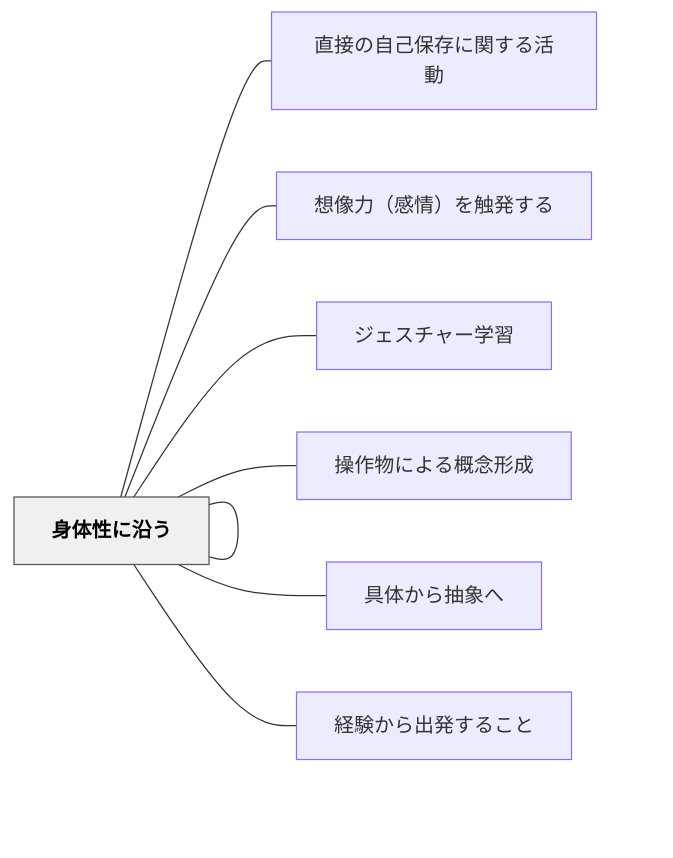
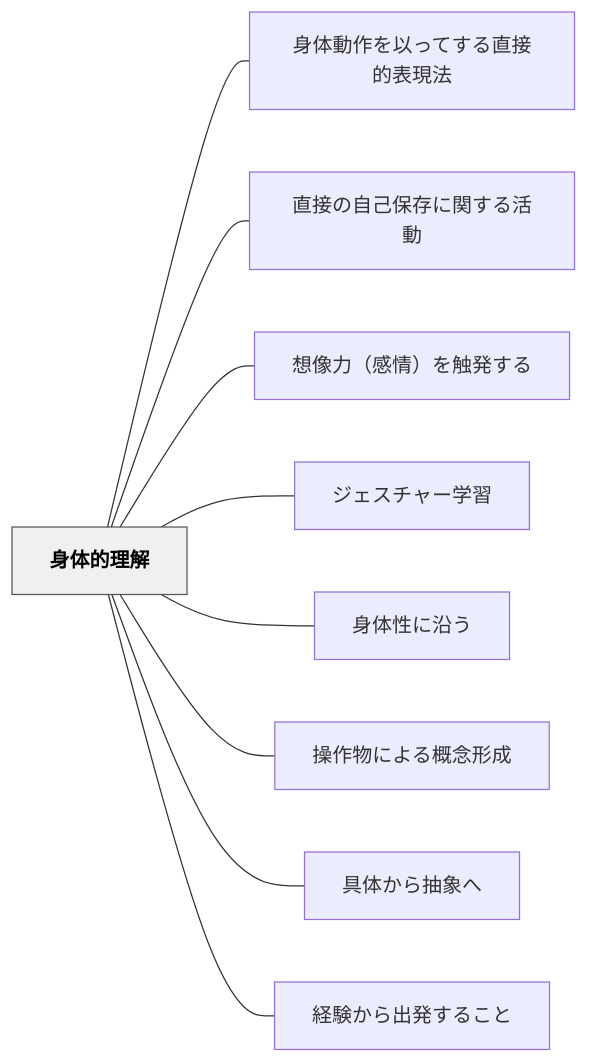
Before and after one commit to unknownthings-ed-patterns/unknownthings-ed-patterns: the diagram in content/パタン/身体的理解.md, drawn with Mermaid. The commit also changed 527 other files, not shown here.

````diff
--- a/content/パタン/身体的理解.md
+++ b/content/パタン/身体的理解.md
@@ -51,24 +51,24 @@
 ```mermaid
 flowchart LR
-    ne8baabe4bd93["身体的理解"]
-    ne8baabe4bd93["身体動作を以ってする直接的表現法"]
-    ne79bb4e68ea5["直接の自己保存に関する活動"]
-    ne683b3e5838f["想像力（感情）を触発する"]
-    ne382b8e382a7["ジェスチャー学習"]
-    ne8baabe4bd93["身体性に沿う"]
-    ne6938de4bd9c["操作物による概念形成"]
-    ne585b7e4bd93["具体から抽象へ"]
-    ne7b58ce9a893["経験から出発すること"]
+    ne8baabe4bd93e79a84e79086e8a7a3["身体的理解"]
+    ne8baabe4bd93e58b95e4bd9ce38292e4bba5e381a3e381a6e38199e3828be79bb4e68ea5e79a84e8a1a8e78fbee6b395["身体動作を以ってする直接的表現法"]
+    ne79bb4e68ea5e381aee887aae5b7b1e4bf9de5ad98e381abe996a2e38199e3828be6b4bbe58b95["直接の自己保存に関する活動"]
+    ne683b3e5838fe58a9befbc88e6849fe68385efbc89e38292e8a7a6e799bae38199e3828b["想像力（感情）を触発する"]
+    ne382b8e382a7e382b9e38381e383a3e383bce5ada6e7bf92["ジェスチャー学習"]
+    ne8baabe4bd93e680a7e381abe6b2bfe38186["身体性に沿う"]
+    ne6938de4bd9ce789a9e381abe38288e3828be6a682e5bfb5e5bda2e68890["操作物による概念形成"]
+    ne585b7e4bd93e3818be38289e68abde8b1a1e381b8["具体から抽象へ"]
+    ne7b58ce9a893e3818be38289e587bae799bae38199e3828be38193e381a8["経験から出発すること"]
 
-    ne8baabe4bd93 --- ne8baabe4bd93
-    ne8baabe4bd93 --- ne79bb4e68ea5
-    ne8baabe4bd93 --- ne683b3e5838f
-    ne8baabe4bd93 --- ne382b8e382a7
-    ne8baabe4bd93 --- ne8baabe4bd93
-    ne8baabe4bd93 --- ne6938de4bd9c
-    ne8baabe4bd93 --- ne585b7e4bd93
-    ne8baabe4bd93 --- ne7b58ce9a893
+    ne8baabe4bd93e79a84e79086e8a7a3 --- ne8baabe4bd93e58b95e4bd9ce38292e4bba5e381a3e381a6e38199e3828be79bb4e68ea5e79a84e8a1a8e78fbee6b395
+    ne8baabe4bd93e79a84e79086e8a7a3 --- ne79bb4e68ea5e381aee887aae5b7b1e4bf9de5ad98e381abe996a2e38199e3828be6b4bbe58b95
+    ne8baabe4bd93e79a84e79086e8a7a3 --- ne683b3e5838fe58a9befbc88e6849fe68385efbc89e38292e8a7a6e799bae38199e3828b
+    ne8baabe4bd93e79a84e79086e8a7a3 --- ne382b8e382a7e382b9e38381e383a3e383bce5ada6e7bf92
+    ne8baabe4bd93e79a84e79086e8a7a3 --- ne8baabe4bd93e680a7e381abe6b2bfe38186
+    ne8baabe4bd93e79a84e79086e8a7a3 --- ne6938de4bd9ce789a9e381abe38288e3828be6a682e5bfb5e5bda2e68890
+    ne8baabe4bd93e79a84e79086e8a7a3 --- ne585b7e4bd93e3818be38289e68abde8b1a1e381b8
+    ne8baabe4bd93e79a84e79086e8a7a3 --- ne7b58ce9a893e3818be38289e587bae799bae38199e3828be38193e381a8
 
     classDef hub fill:#f0f0f0,stroke:#555,color:#000,font-weight:bold
-    class ne8baabe4bd93 hub
+    class ne8baabe4bd93e79a84e79086e8a7a3 hub
 ```
````
